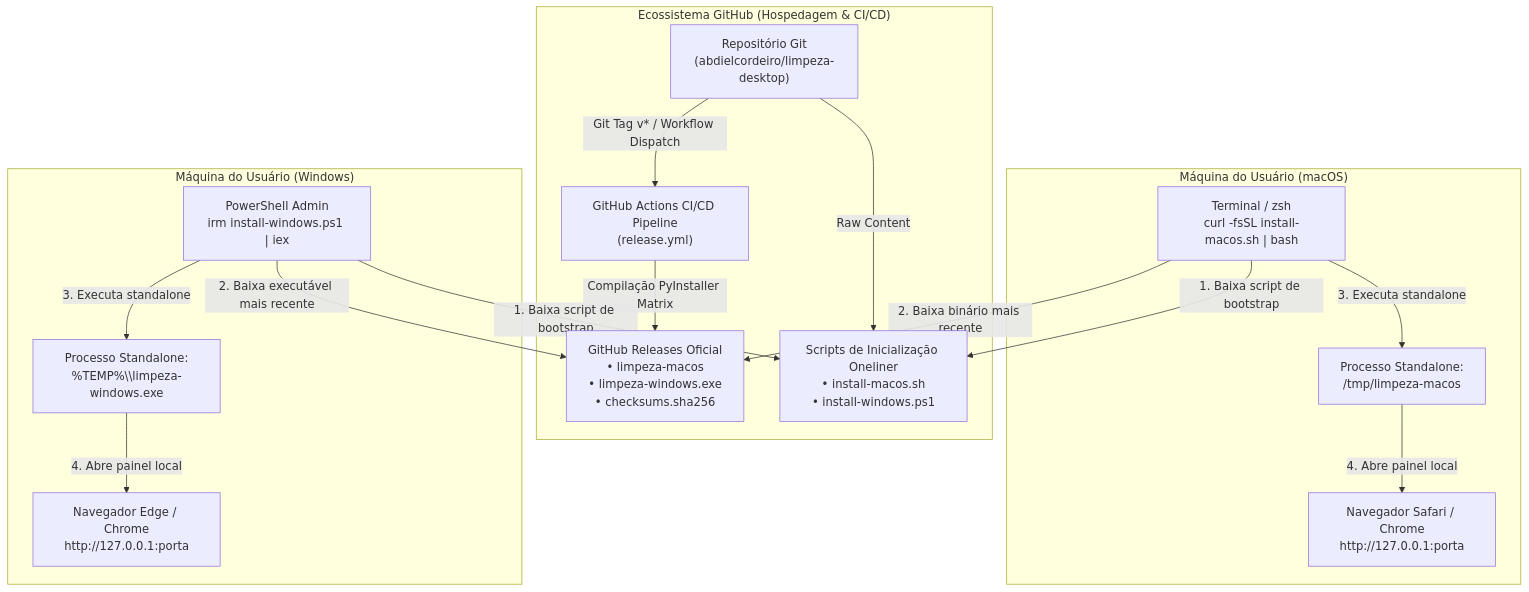
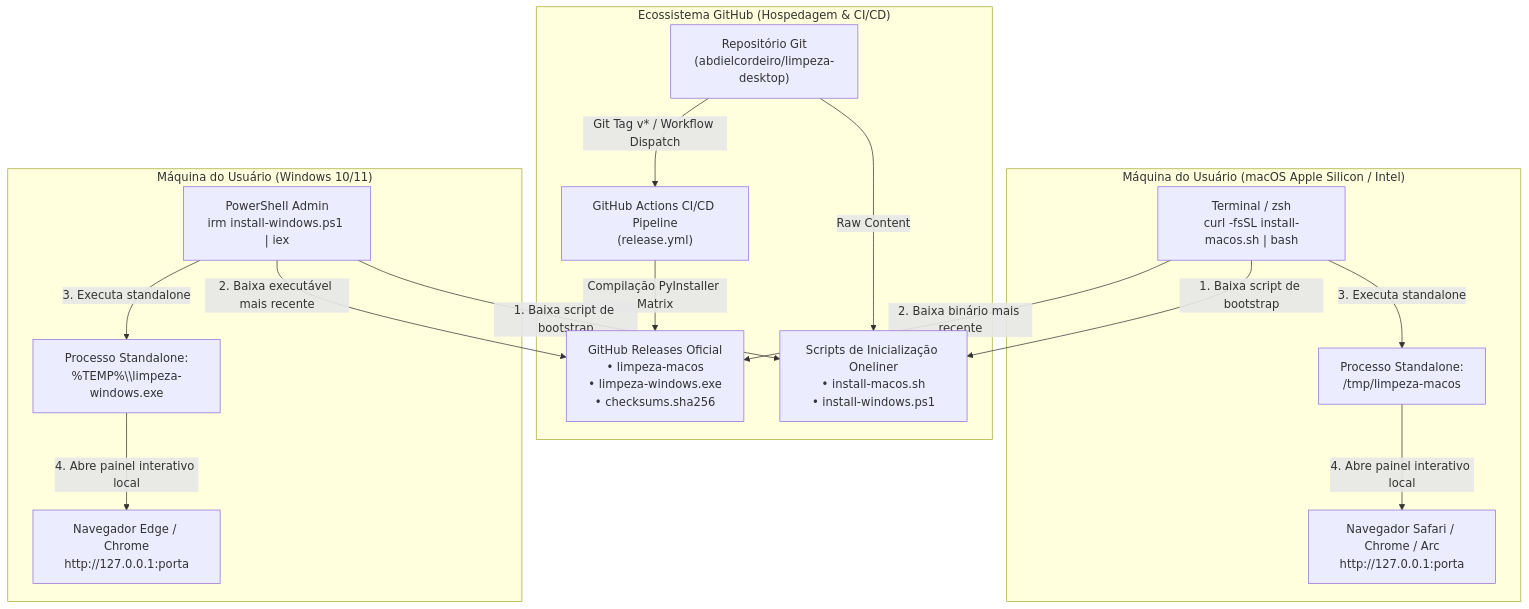
The fifth of 5 diagrams in docs/architecture/01-SYSTEM-DESIGN-C4.md (abdielcordeiro/limpeza-desktop), drawn with Mermaid before and after one commit. The commit also changed other lines of this file and 20 other files, not shown here.

````diff
--- a/docs/architecture/01-SYSTEM-DESIGN-C4.md
+++ b/docs/architecture/01-SYSTEM-DESIGN-C4.md
@@ -153,35 +163,35 @@
 ```mermaid
 flowchart TD
     subgraph GitHubPlatform["Ecossistema GitHub (Hospedagem & CI/CD)"]
         Repo["Repositório Git<br/>(abdielcordeiro/limpeza-desktop)"]
         GHA["GitHub Actions CI/CD Pipeline<br/>(release.yml)"]
         ReleaseAsset["GitHub Releases Oficial<br/>• limpeza-macos<br/>• limpeza-windows.exe<br/>• checksums.sha256"]
         BootstrapScripts["Scripts de Inicialização Oneliner<br/>• install-macos.sh<br/>• install-windows.ps1"]
     end
 
-    subgraph UserMac["Máquina do Usuário (macOS)"]
+    subgraph UserMac["Máquina do Usuário (macOS Apple Silicon / Intel)"]
         MacTerminal["Terminal / zsh<br/>curl -fsSL install-macos.sh | bash"]
         MacRunner["Processo Standalone:<br/>/tmp/limpeza-macos"]
-        MacBrowser["Navegador Safari / Chrome<br/>http://127.0.0.1:porta"]
+        MacBrowser["Navegador Safari / Chrome / Arc<br/>http://127.0.0.1:porta"]
     end
 
-    subgraph UserWin["Máquina do Usuário (Windows)"]
+    subgraph UserWin["Máquina do Usuário (Windows 10/11)"]
         WinTerminal["PowerShell Admin<br/>irm install-windows.ps1 | iex"]
         WinRunner["Processo Standalone:<br/>%TEMP%\\limpeza-windows.exe"]
         WinBrowser["Navegador Edge / Chrome<br/>http://127.0.0.1:porta"]
     end
 
     Repo -->|"Git Tag v* / Workflow Dispatch"| GHA
     GHA -->|"Compilação PyInstaller Matrix"| ReleaseAsset
     Repo -->|"Raw Content"| BootstrapScripts
 
     MacTerminal -->|"1. Baixa script de bootstrap"| BootstrapScripts
     MacTerminal -->|"2. Baixa binário mais recente"| ReleaseAsset
     MacTerminal -->|"3. Executa standalone"| MacRunner
-    MacRunner -->|"4. Abre painel local"| MacBrowser
+    MacRunner -->|"4. Abre painel interativo local"| MacBrowser
 
     WinTerminal -->|"1. Baixa script de bootstrap"| BootstrapScripts
     WinTerminal -->|"2. Baixa executável mais recente"| ReleaseAsset
     WinTerminal -->|"3. Executa standalone"| WinRunner
-    WinRunner -->|"4. Abre painel local"| WinBrowser
+    WinRunner -->|"4. Abre painel interativo local"| WinBrowser
 ```
````
